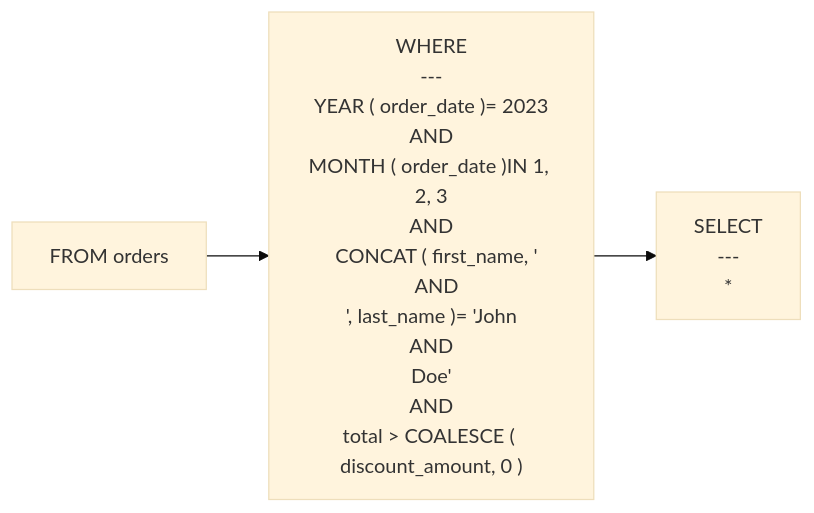
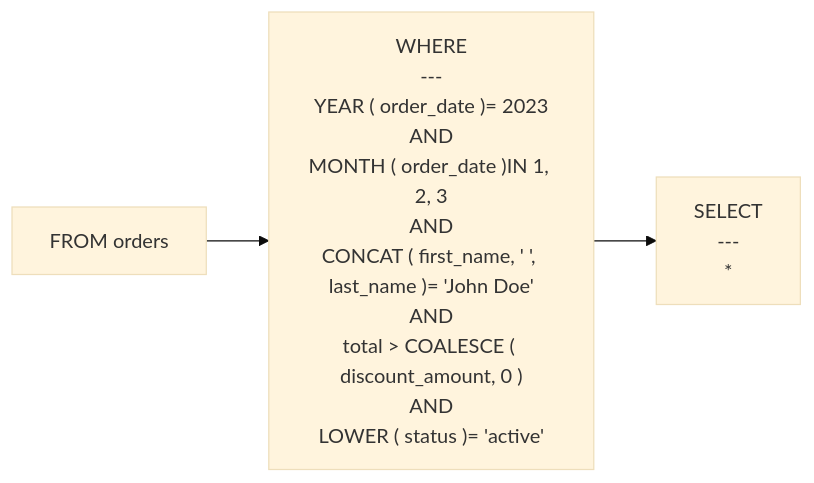
One commit to rot1024/sqloflow changed the diagram in examples/function_where.mmd. Above: the diagram before and after it, drawn with Mermaid (base theme). The commit also changed 23 other files, not shown here.

```diff
--- a/examples/function_where.mmd
+++ b/examples/function_where.mmd
@@ -1,6 +1,6 @@
 flowchart LR
     node_0[FROM orders]
-    node_1["WHERE<br/>---<br/>YEAR ( order_date )= 2023<br/>AND<br/>MONTH ( order_date )IN 1, 2, 3<br/>AND<br/>  CONCAT ( first_name, '<br/>  AND<br/>', last_name )= 'John<br/>AND<br/>Doe'<br/>AND<br/>total &gt; COALESCE ( discount_amount, 0 )"]
+    node_1["WHERE<br/>---<br/>YEAR ( order_date )= 2023<br/>AND<br/>MONTH ( order_date )IN 1, 2, 3<br/>AND<br/>CONCAT ( first_name, ' ', last_name )= 'John Doe'<br/>AND<br/>total &gt; COALESCE ( discount_amount, 0 )<br/>AND<br/>LOWER ( status )= 'active'"]
     node_2["SELECT<br/>---<br/>*"]
     node_0 --> node_1
     node_1 --> node_2
```
